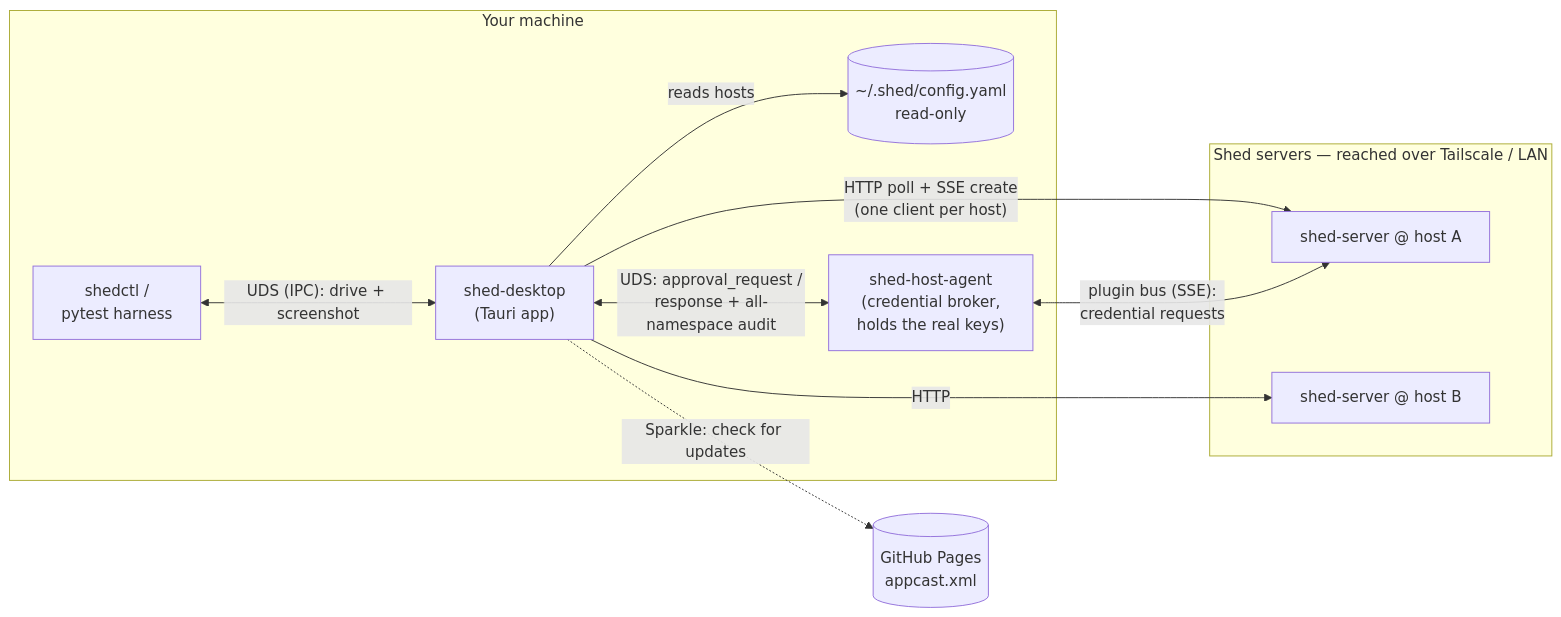
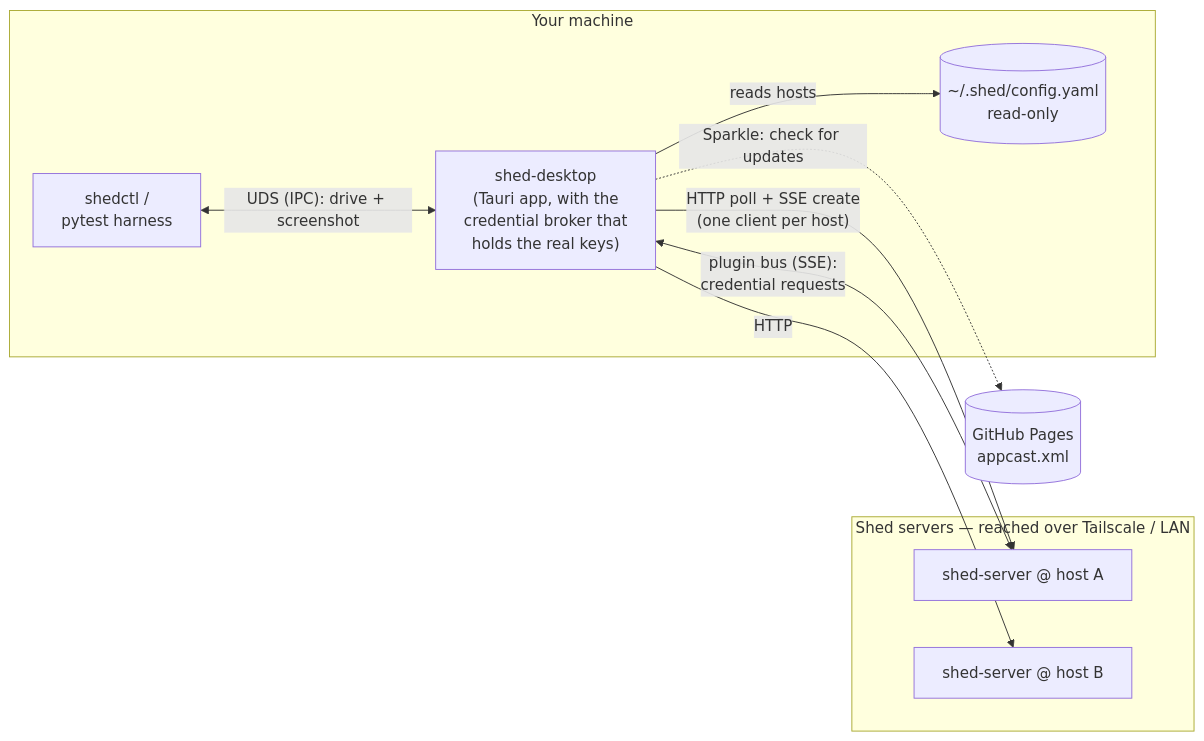
Before and after one commit to charliek/shed: the first of 2 diagrams in docs/desktop/architecture.md, drawn with Mermaid. The commit also changed other lines of this file and 34 other files, not shown here.

First line of the commit message:
docs: the desktop app is the credential broker

````diff
--- a/docs/desktop/architecture.md
+++ b/docs/desktop/architecture.md
@@ -30,22 +31,20 @@
 ```mermaid
 flowchart LR
     subgraph mac["Your machine"]
-        SD["shed-desktop<br/>(Tauri app)"]
+        SD["shed-desktop<br/>(Tauri app, with the<br/>credential broker that<br/>holds the real keys)"]
         CFG[("~/.shed/config.yaml<br/>read-only")]
-        HA["shed-host-agent<br/>(credential broker,<br/>holds the real keys)"]
         CTL["shedctl /<br/>pytest harness"]
     end
     subgraph hosts["Shed servers — reached over Tailscale / LAN"]
         S1["shed-server @ host A"]
         S2["shed-server @ host B"]
     end
     PAGES[("GitHub Pages<br/>appcast.xml")]
 
     SD -->|"HTTP poll + SSE create<br/>(one client per host)"| S1
     SD -->|HTTP| S2
     SD -->|"reads hosts"| CFG
-    SD <-->|"UDS: approval_request /<br/>response + all-namespace audit"| HA
-    HA <-->|"plugin bus (SSE):<br/>credential requests"| S1
+    SD <-->|"plugin bus (SSE):<br/>credential requests"| S1
     CTL <-->|"UDS (IPC): drive + screenshot"| SD
     SD -.->|"Sparkle: check for updates"| PAGES
 ```
````
